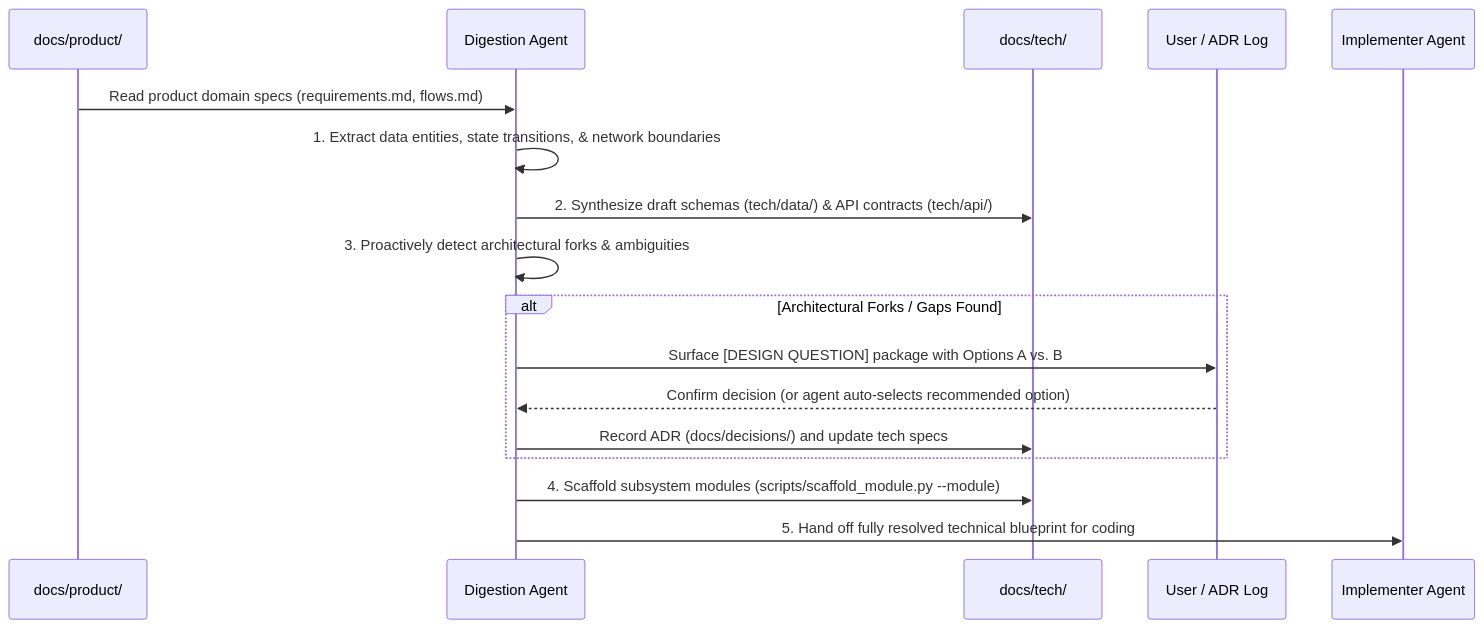
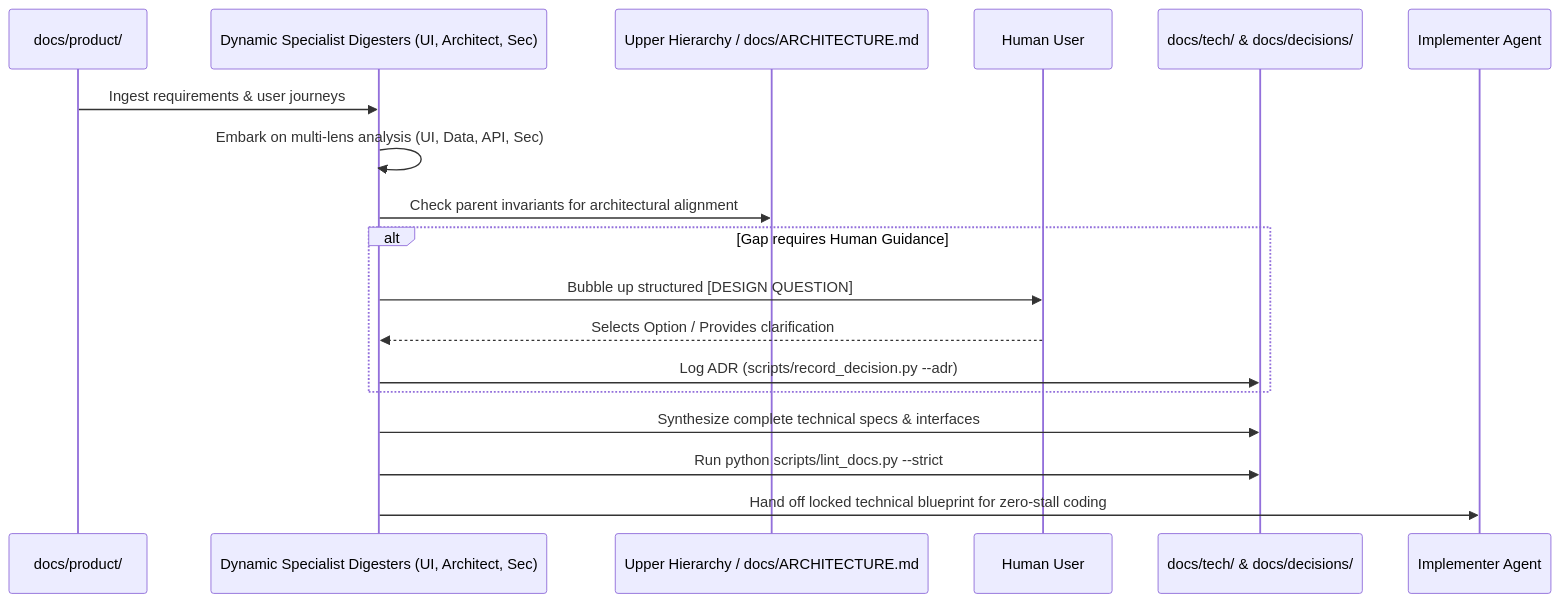
One commit to leonuziel/AiTeam changed the second of 2 diagrams in .agent/workflows/requirement_digestion_loop.md. Above: the diagram before and after it, drawn with Mermaid. The commit also changed other lines of this file and 3 other files, not shown here.

Commit message:
feat: add dynamic specialist lenses and hierarchical question escalation ladder

````diff
--- a/.agent/workflows/requirement_digestion_loop.md
+++ b/.agent/workflows/requirement_digestion_loop.md
@@ -40,20 +72,21 @@
 ```mermaid
 sequenceDiagram
-    participant Requirements as docs/product/
-    participant Digester as Digestion Agent
-    participant TechDocs as docs/tech/
-    participant User as User / ADR Log
+    participant Raw as docs/product/
+    participant Specialists as Dynamic Specialist Digesters (UI, Architect, Sec)
+    participant Upper as Upper Hierarchy / docs/ARCHITECTURE.md
+    participant User as Human User
+    participant TechDocs as docs/tech/ & docs/decisions/
     participant Implementer as Implementer Agent
 
-    Requirements->>Digester: Read product domain specs (requirements.md, flows.md)
-    Digester->>Digester: 1. Extract data entities, state transitions, & network boundaries
-    Digester->>TechDocs: 2. Synthesize draft schemas (tech/data/) & API contracts (tech/api/)
-    Digester->>Digester: 3. Proactively detect architectural forks & ambiguities
-    alt Architectural Forks / Gaps Found
-        Digester->>User: Surface [DESIGN QUESTION] package with Options A vs. B
-        User-->>Digester: Confirm decision (or agent auto-selects recommended option)
-        Digester->>TechDocs: Record ADR (docs/decisions/) and update tech specs
+    Raw->>Specialists: Ingest requirements & user journeys
+    Specialists->>Specialists: Embark on multi-lens analysis (UI, Data, API, Sec)
+    Specialists->>Upper: Check parent invariants for architectural alignment
+    alt Gap requires Human Guidance
+        Specialists->>User: Bubble up structured [DESIGN QUESTION]
+        User-->>Specialists: Selects Option / Provides clarification
+        Specialists->>TechDocs: Log ADR (scripts/record_decision.py --adr)
     end
-    Digester->>TechDocs: 4. Scaffold subsystem modules (scripts/scaffold_module.py --module)
-    Digester->>Implementer: 5. Hand off fully resolved technical blueprint for coding
+    Specialists->>TechDocs: Synthesize complete technical specs & interfaces
+    Specialists->>TechDocs: Run python scripts/lint_docs.py --strict
+    Specialists->>Implementer: Hand off locked technical blueprint for zero-stall coding
 ```
````
